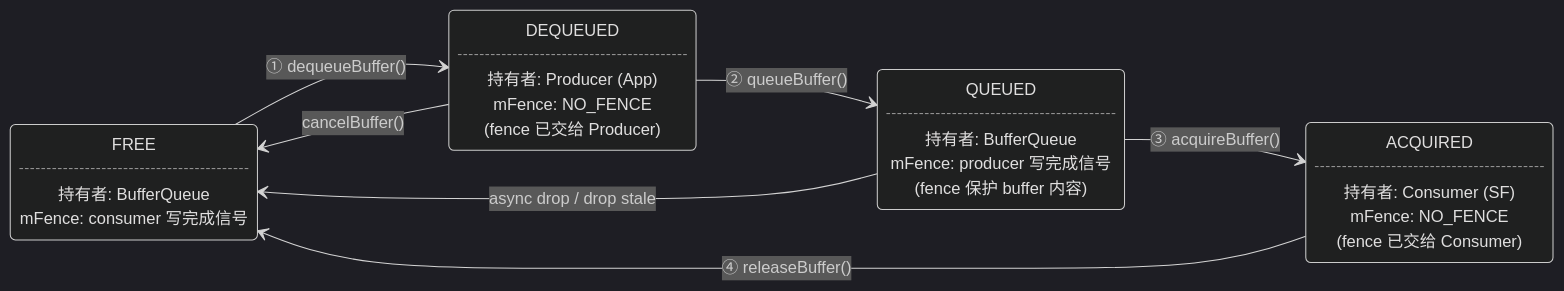
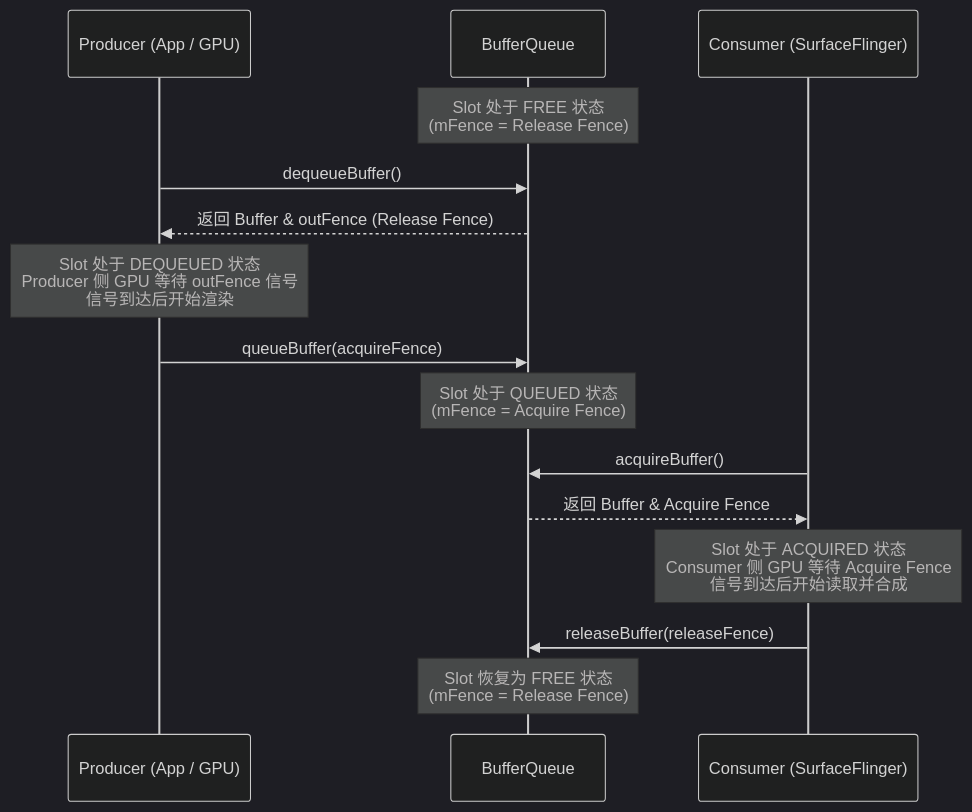
One commit to Ethen-Cao/ethenslab changed the second of 2 diagrams in content/android-dev/display/BufferQueue-StateMachine.md. Above: the diagram before and after it, drawn with Mermaid (dark theme). The commit also changed other lines of this file and 4 other files, not shown here.

````diff
--- a/content/android-dev/display/BufferQueue-StateMachine.md
+++ b/content/android-dev/display/BufferQueue-StateMachine.md
@@ -82,20 +68,21 @@
 ```mermaid
-stateDiagram-v2
-    direction LR
+sequenceDiagram
+    participant P as Producer (App / GPU)
+    participant BQ as BufferQueue
+    participant C as Consumer (SurfaceFlinger)
 
-    FREE : FREE<br/>┄┄┄┄┄┄┄┄┄┄┄┄┄┄<br/>持有者: BufferQueue<br/>mFence: consumer 写完成信号
+    Note over BQ: Slot 处于 FREE 状态<br/>(mFence = Release Fence)
+    P->>BQ: dequeueBuffer()
+    BQ-->>P: 返回 Buffer & outFence (Release Fence)
+    Note over P: Slot 处于 DEQUEUED 状态<br/>Producer 侧 GPU 等待 outFence 信号<br/>信号到达后开始渲染
 
-    DEQUEUED : DEQUEUED<br/>┄┄┄┄┄┄┄┄┄┄┄┄┄┄<br/>持有者: Producer (App)<br/>mFence: NO_FENCE<br/>(fence 已交给 Producer)
+    P->>BQ: queueBuffer(acquireFence)
+    Note over BQ: Slot 处于 QUEUED 状态<br/>(mFence = Acquire Fence)
+    
+    C->>BQ: acquireBuffer()
+    BQ-->>C: 返回 Buffer & Acquire Fence
+    Note over C: Slot 处于 ACQUIRED 状态<br/>Consumer 侧 GPU 等待 Acquire Fence<br/>信号到达后开始读取并合成
 
-    QUEUED : QUEUED<br/>┄┄┄┄┄┄┄┄┄┄┄┄┄┄<br/>持有者: BufferQueue<br/>mFence: producer 写完成信号<br/>(fence 保护 buffer 内容)
-
-    ACQUIRED : ACQUIRED<br/>┄┄┄┄┄┄┄┄┄┄┄┄┄┄<br/>持有者: Consumer (SF)<br/>mFence: NO_FENCE<br/>(fence 已交给 Consumer)
-
-    FREE --> DEQUEUED : ① dequeueBuffer()
-    DEQUEUED --> QUEUED : ② queueBuffer()
-    QUEUED --> ACQUIRED : ③ acquireBuffer()
-    ACQUIRED --> FREE : ④ releaseBuffer()
-
-    DEQUEUED --> FREE : cancelBuffer()
-    QUEUED --> FREE : async drop / drop stale
+    C->>BQ: releaseBuffer(releaseFence)
+    Note over BQ: Slot 恢复为 FREE 状态<br/>(mFence = Release Fence)
 ```
````
